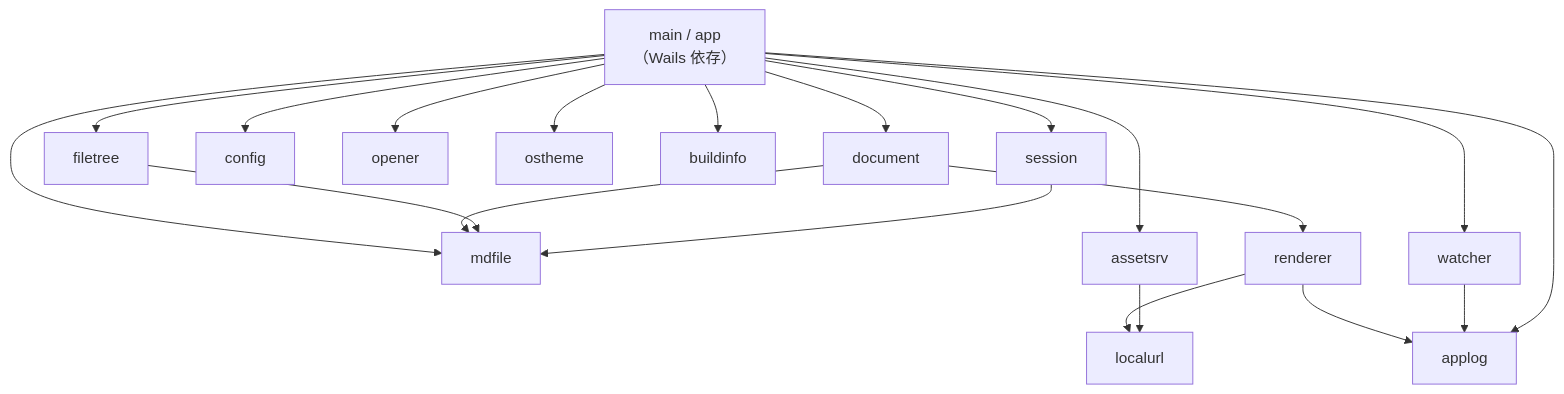
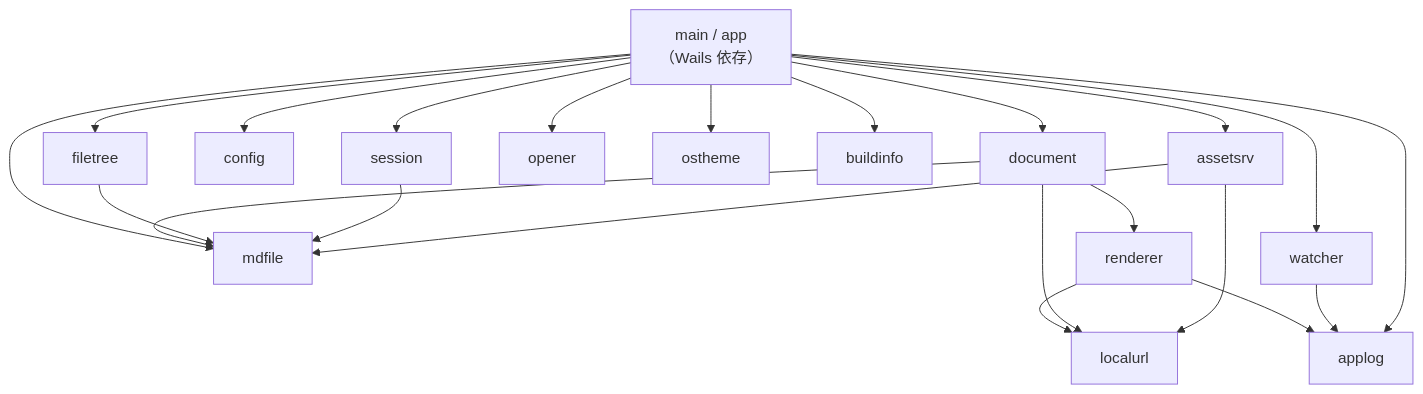
The diagram in docs/specs/10-impl-overview.md (kznagamori/go_MarkView), drawn with Mermaid before and after one commit. The commit also changed other lines of this file and 11 other files, not shown here.

````diff
--- a/docs/specs/10-impl-overview.md
+++ b/docs/specs/10-impl-overview.md
@@ -160,22 +170,24 @@
 ```mermaid
 flowchart TD
     MAIN["main / app<br/>（Wails 依存）"] --> DOC["document"]
     MAIN --> MDF["mdfile"]
     MAIN --> TREE["filetree"]
     MAIN --> WATCH["watcher"]
     MAIN --> CFG["config"]
     MAIN --> ASSET["assetsrv"]
     MAIN --> OPEN["opener"]
     MAIN --> OSTH["ostheme"]
     MAIN --> BI["buildinfo"]
     MAIN --> SESS["session"]
     DOC --> REND["renderer"]
     DOC --> MDF
     TREE --> MDF
     SESS --> MDF
+    ASSET --> MDF
     REND --> LURL["localurl"]
+    DOC --> LURL
     ASSET --> LURL
     REND --> ALOG["applog"]
     WATCH --> ALOG
     MAIN --> ALOG
 ```
````
